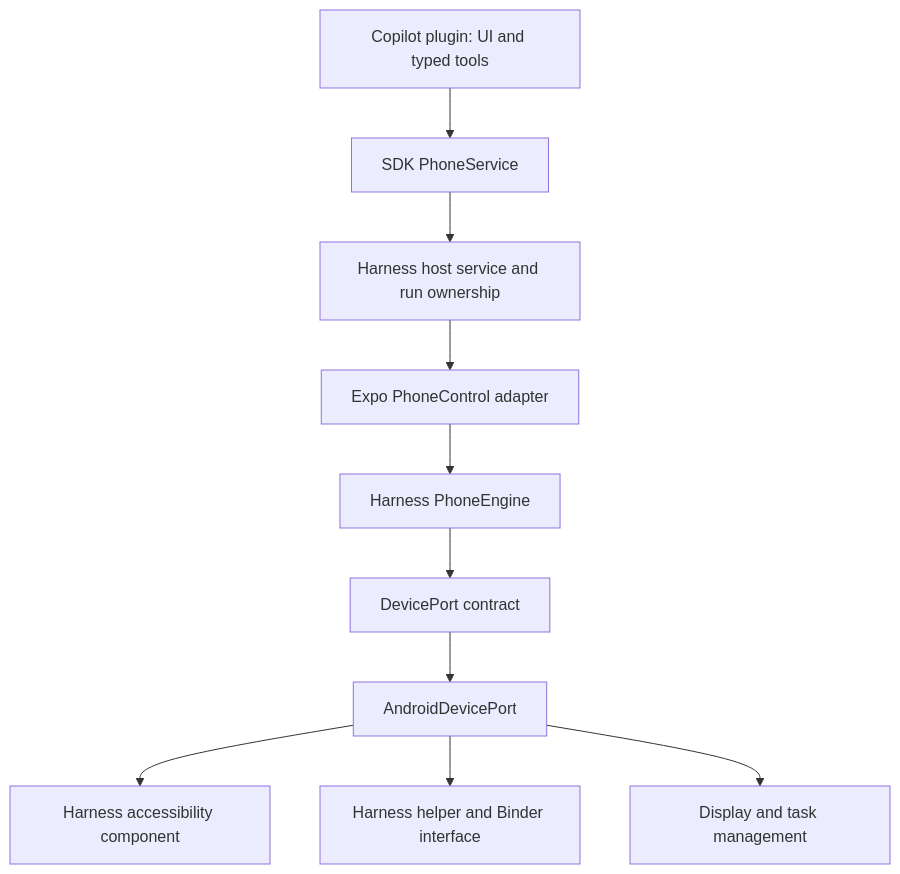
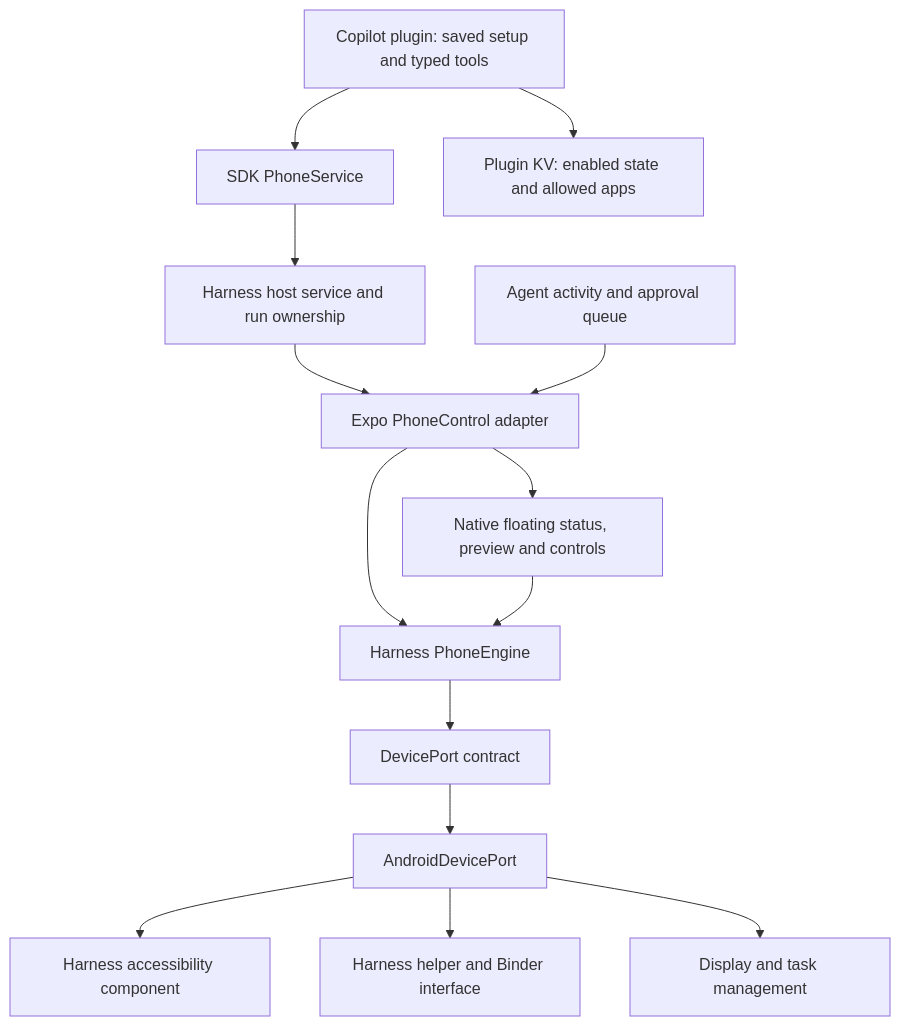
One commit to pkuinfo/pku-harness changed the diagram in docs/COPILOT.md. Above: the diagram before and after it, drawn with Mermaid. The commit also changed other lines of this file and 46 other files, not shown here.

Commit message:
feat(copilot): add floating background phone control

````diff
--- a/docs/COPILOT.md
+++ b/docs/COPILOT.md
@@ -11,12 +11,16 @@
 ```mermaid
 flowchart TD
-  Plugin[Copilot plugin: UI and typed tools] --> SDK[SDK PhoneService]
+  Plugin[Copilot plugin: saved setup and typed tools] --> SDK[SDK PhoneService]
+  Plugin --> Preferences[Plugin KV: enabled state and allowed apps]
   SDK --> Host[Harness host service and run ownership]
   Host --> Expo[Expo PhoneControl adapter]
   Expo --> Engine[Harness PhoneEngine]
+  Runtime[Agent activity and approval queue] --> Expo
+  Expo --> Floating[Native floating status, preview and controls]
+  Floating --> Engine
   Engine --> Port[DevicePort contract]
   Port --> Android[AndroidDevicePort]
   Android --> Accessibility[Harness accessibility component]
   Android --> Helper[Harness helper and Binder interface]
   Android --> Display[Display and task management]
 ```
````
